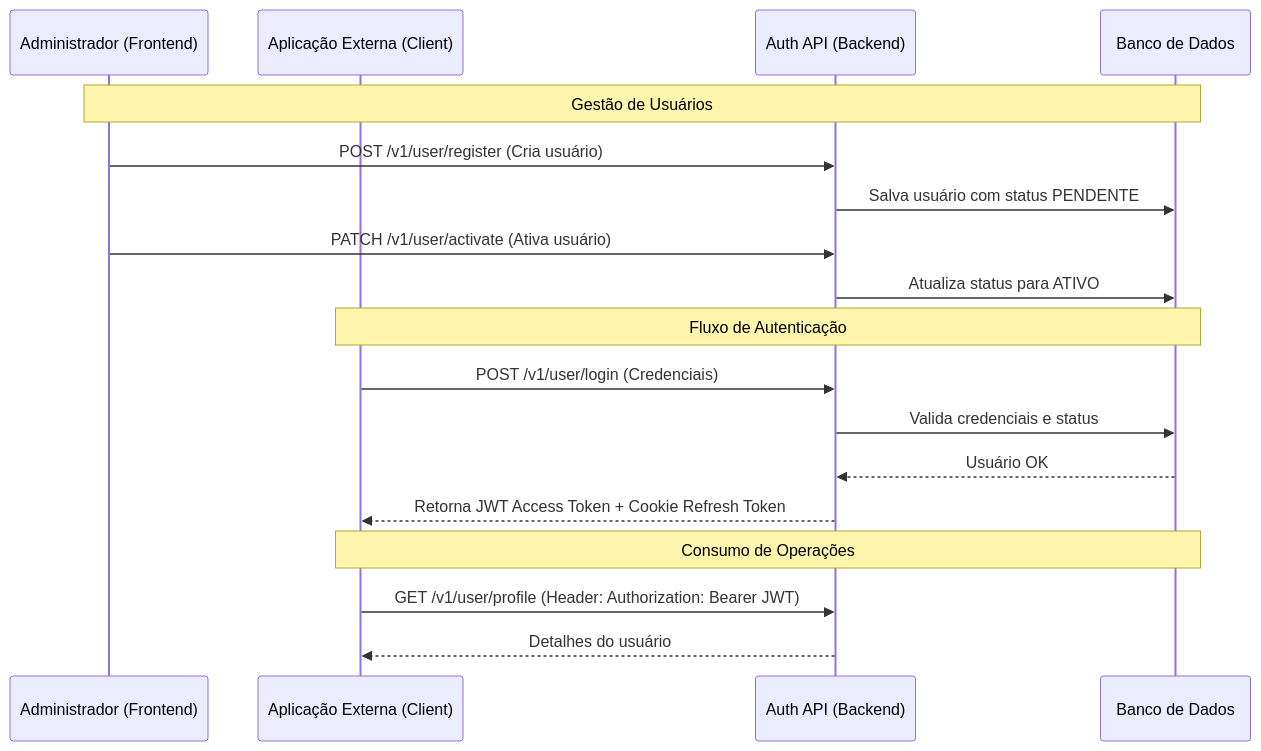
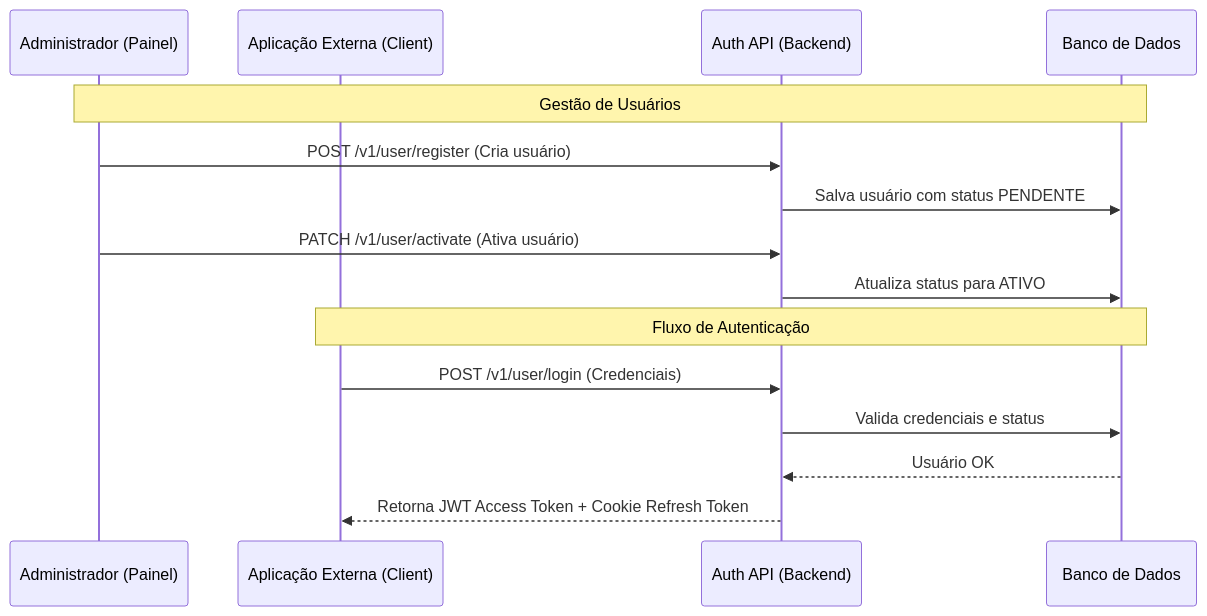
Before and after one commit to Vinicius-Gabriel-P-Leitao/auth-server: the first of 2 diagrams in README.md, drawn with Mermaid. The commit also changed other lines of this file, not shown here.

Commit message:
[docs]: Adiciona mais documentação para como usar o app.

````diff
--- a/README.md
+++ b/README.md
@@ -25,23 +25,19 @@
 ```mermaid
 sequenceDiagram
-    participant Admin as Administrador (Frontend)
+    participant Admin as Administrador (Painel)
     participant App as Aplicação Externa (Client)
     participant API as Auth API (Backend)
     participant DB as Banco de Dados
 
     Note over Admin, DB: Gestão de Usuários
     Admin->>API: POST /v1/user/register (Cria usuário)
     API->>DB: Salva usuário com status PENDENTE
     Admin->>API: PATCH /v1/user/activate (Ativa usuário)
     API->>DB: Atualiza status para ATIVO
 
     Note over App, DB: Fluxo de Autenticação
     App->>API: POST /v1/user/login (Credenciais)
     API->>DB: Valida credenciais e status
     DB-->>API: Usuário OK
     API-->>App: Retorna JWT Access Token + Cookie Refresh Token
-
-    Note over App, DB: Consumo de Operações
-    App->>API: GET /v1/user/profile (Header: Authorization: Bearer JWT)
-    API-->>App: Detalhes do usuário
 ```
````
